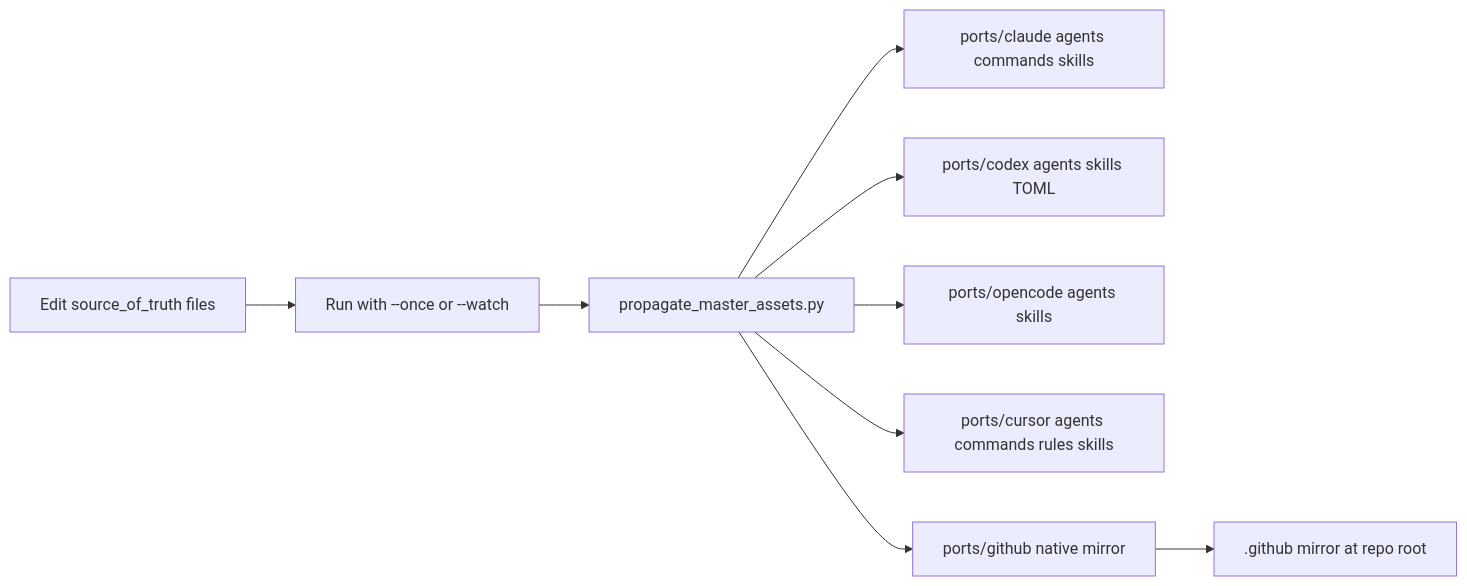
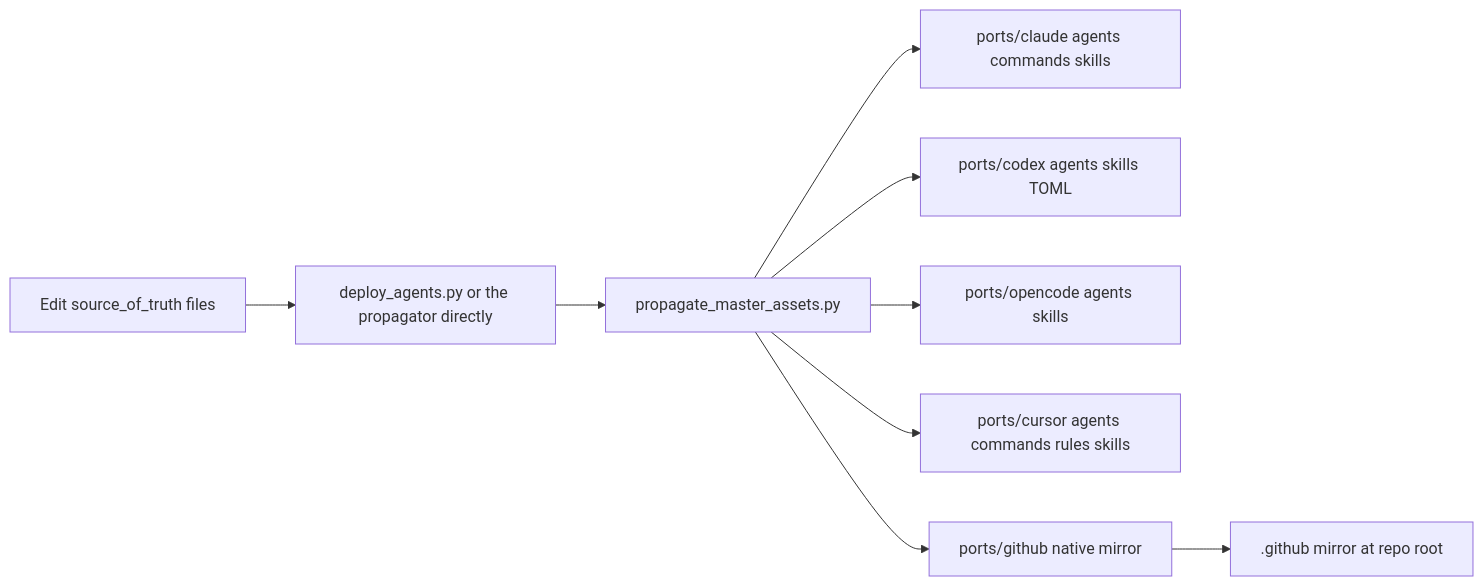
Before and after one commit to threnjen/thren-agentic-workflows: the second of 4 diagrams in docs/ARCHITECTURE.md, drawn with Mermaid. The commit also changed other lines of this file and 18 other files, not shown here.

````diff
--- a/docs/ARCHITECTURE.md
+++ b/docs/ARCHITECTURE.md
@@ -52,11 +55,11 @@
 ```mermaid
 flowchart LR
-    Author[Edit source_of_truth files] --> Watcher[Run with --once or --watch]
-    Watcher --> Script[propagate_master_assets.py]
+    Author[Edit source_of_truth files] --> Entry[deploy_agents.py or the propagator directly]
+    Entry --> Script[propagate_master_assets.py]
     Script --> ClaudeOut[ports/claude agents commands skills]
     Script --> CodexOut[ports/codex agents skills TOML]
     Script --> OpenCodeOut[ports/opencode agents skills]
     Script --> CursorOut[ports/cursor agents commands rules skills]
     Script --> GithubPort[ports/github native mirror]
     GithubPort --> DotGithub[.github mirror at repo root]
 ```
````
